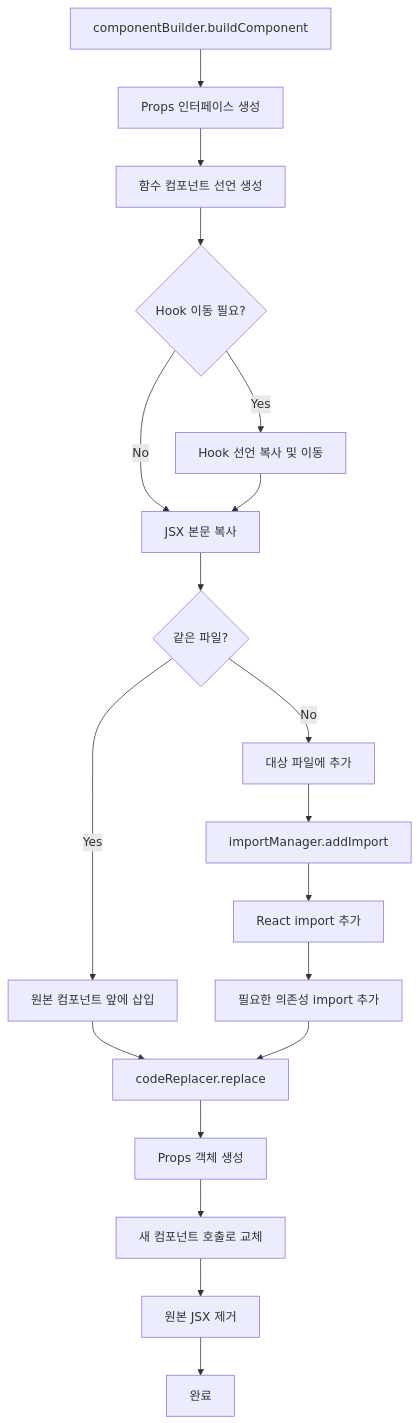
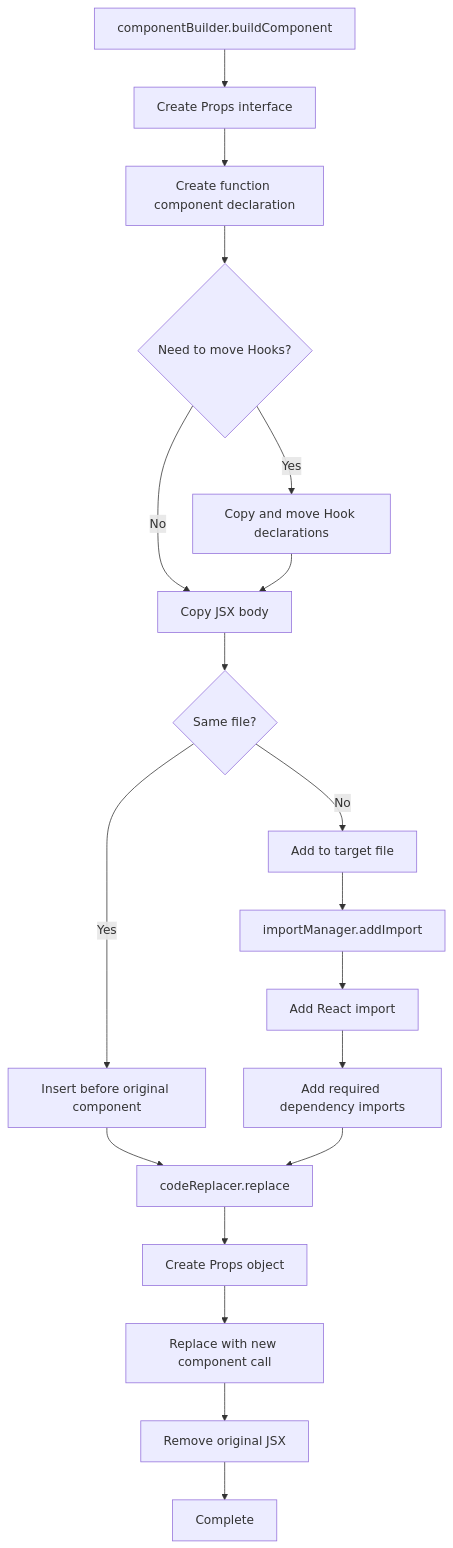
Before and after one commit to wickedev/regrafter: the seventh of 13 diagrams in .claude/specs/jsx-extract/design.md, drawn with Mermaid. The commit also changed other lines of this file and 86 other files, not shown here.

````diff
--- a/.claude/specs/jsx-extract/design.md
+++ b/.claude/specs/jsx-extract/design.md
@@ -790,26 +790,26 @@
 ```mermaid
 flowchart TD
-    A[componentBuilder.buildComponent] --> B[Props 인터페이스 생성]
-    B --> C[함수 컴포넌트 선언 생성]
-    C --> D{Hook 이동 필요?}
+    A[componentBuilder.buildComponent] --> B[Create Props interface]
+    B --> C[Create function component declaration]
+    C --> D{Need to move Hooks?}
 
-    D -->|Yes| E[Hook 선언 복사 및 이동]
-    D -->|No| F[JSX 본문 복사]
+    D -->|Yes| E[Copy and move Hook declarations]
+    D -->|No| F[Copy JSX body]
     E --> F
 
-    F --> G{같은 파일?}
-    G -->|Yes| H[원본 컴포넌트 앞에 삽입]
-    G -->|No| I[대상 파일에 추가]
+    F --> G{Same file?}
+    G -->|Yes| H[Insert before original component]
+    G -->|No| I[Add to target file]
 
     I --> J[importManager.addImport]
-    J --> K[React import 추가]
-    K --> L[필요한 의존성 import 추가]
+    J --> K[Add React import]
+    K --> L[Add required dependency imports]
 
     H --> M[codeReplacer.replace]
     L --> M
 
-    M --> N[Props 객체 생성]
-    N --> O[새 컴포넌트 호출로 교체]
-    O --> P[원본 JSX 제거]
-    P --> Q[완료]
+    M --> N[Create Props object]
+    N --> O[Replace with new component call]
+    O --> P[Remove original JSX]
+    P --> Q[Complete]
 ```
````
